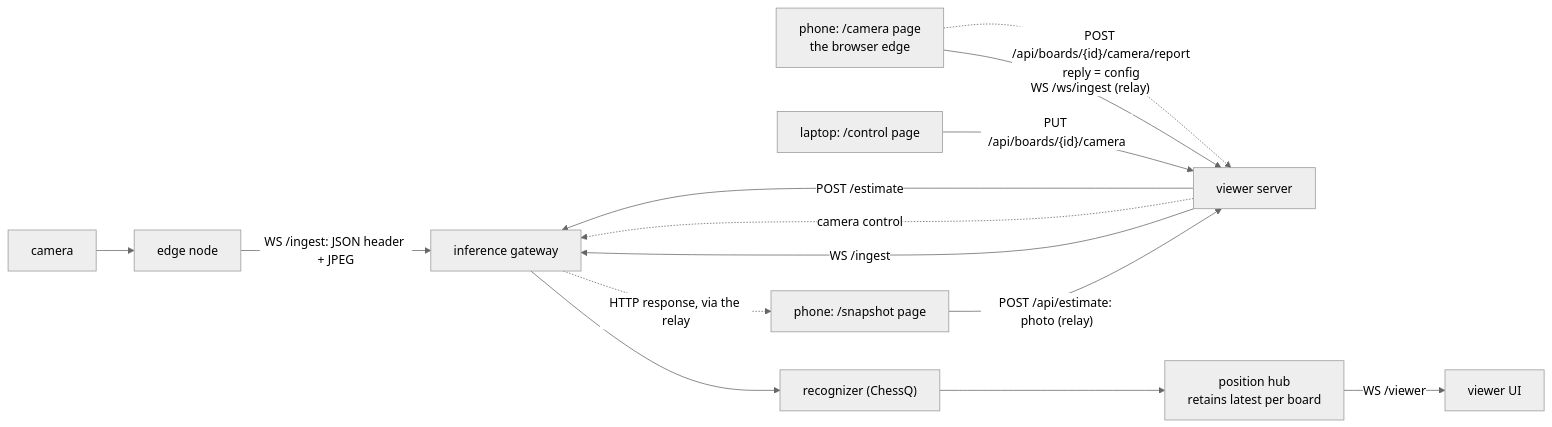
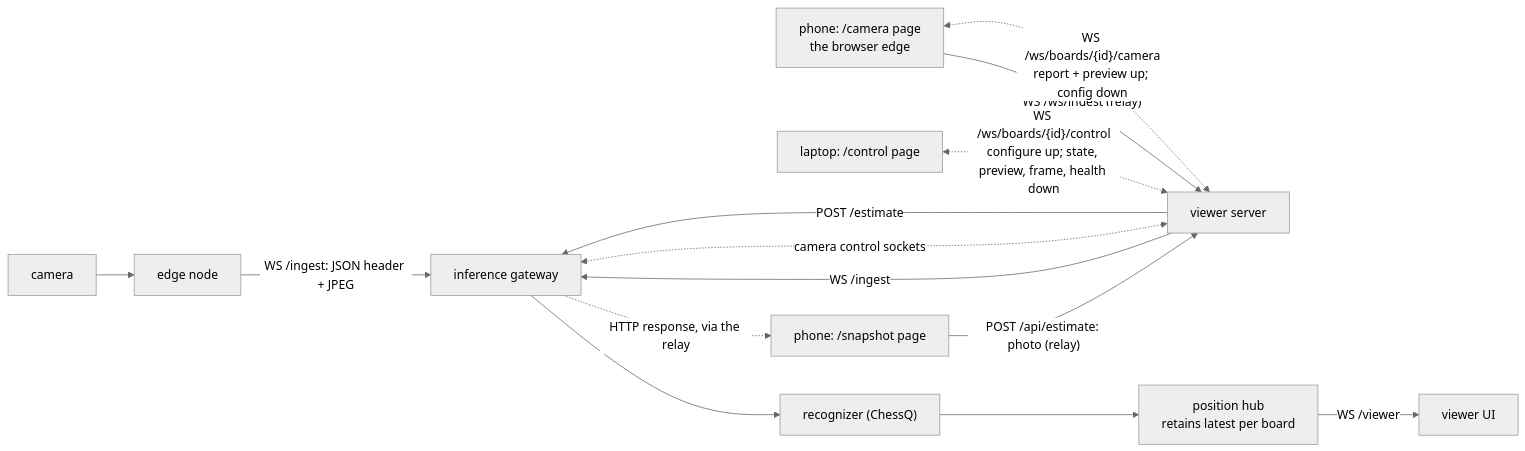
One commit to membranepotential/board-reader changed the diagram in docs/architecture.md. Above: the diagram before and after it, drawn with Mermaid (neutral theme). The commit also changed other lines of this file and 34 other files, not shown here.

````diff
--- a/docs/architecture.md
+++ b/docs/architecture.md
@@ -38,16 +38,16 @@
 ```mermaid
 flowchart LR
   cam[camera] --> edge[edge node]
   edge -->|WS /ingest: JSON header + JPEG| gw[inference gateway]
   camphone[phone: /camera page<br/>the browser edge] -->|"WS /ws/ingest (relay)"| vw[viewer server]
   vw -->|WS /ingest| gw
-  laptop[laptop: /control page] -->|"PUT /api/boards/{id}/camera"| vw
-  camphone -.->|"POST /api/boards/{id}/camera/report<br/>reply = config"| vw
-  vw -.->|camera control| gw
+  laptop[laptop: /control page] <-.->|"WS /ws/boards/{id}/control<br/>configure up; state, preview, frame, health down"| vw
+  camphone <-.->|"WS /ws/boards/{id}/camera<br/>report + preview up; config down"| vw
+  vw <-.->|camera control sockets| gw
   phone[phone: /snapshot page] -->|"POST /api/estimate: photo (relay)"| vw
   vw -->|POST /estimate| gw
   gw --> rec["recognizer (ChessQ)"]
   rec --> hub[position hub<br/>retains latest per board]
   hub -->|WS /viewer| viewer[viewer UI]
   gw -.->|HTTP response, via the relay| phone
 ```
````
